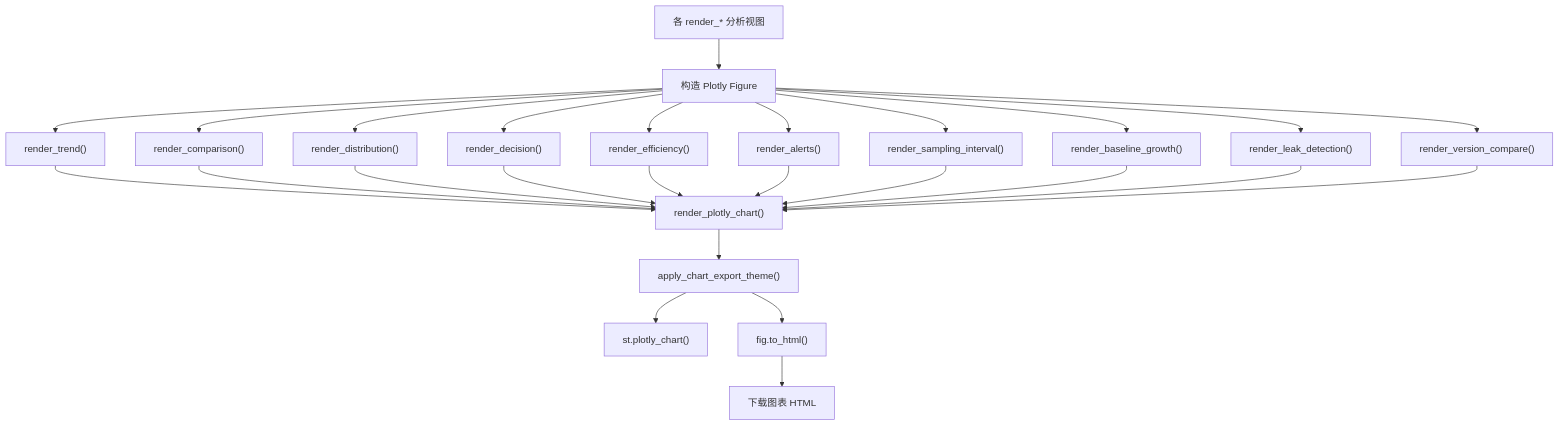
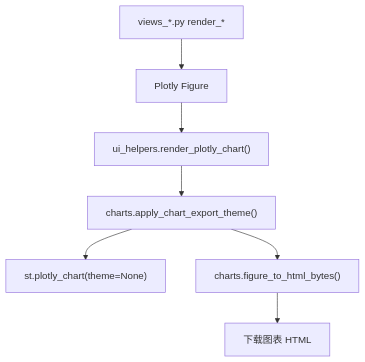
The fifth of 9 diagrams in docs/code-map.md (EthanCheung-gh/perf-analyzer), drawn with Mermaid before and after one commit. The commit also changed other lines of this file, not shown here.

Commit message:
docs: update code map for modular architecture

````diff
--- a/docs/code-map.md
+++ b/docs/code-map.md
@@ -130,31 +179,9 @@
 ```mermaid
 flowchart TD
-    Views["各 render_* 分析视图"] --> Plotly["构造 Plotly Figure"]
-
-    Plotly --> Trend["render_trend()"]
-    Plotly --> Comparison["render_comparison()"]
-    Plotly --> Distribution["render_distribution()"]
-    Plotly --> Decision["render_decision()"]
-    Plotly --> Efficiency["render_efficiency()"]
-    Plotly --> Alerts["render_alerts()"]
-    Plotly --> Sampling["render_sampling_interval()"]
-    Plotly --> Baseline["render_baseline_growth()"]
-    Plotly --> Leak["render_leak_detection()"]
-    Plotly --> Version["render_version_compare()"]
-
-    Trend --> Export["render_plotly_chart()"]
-    Comparison --> Export
-    Distribution --> Export
-    Decision --> Export
-    Efficiency --> Export
-    Alerts --> Export
-    Sampling --> Export
-    Baseline --> Export
-    Leak --> Export
-    Version --> Export
-
-    Export --> Theme["apply_chart_export_theme()"]
-    Theme --> StreamlitChart["st.plotly_chart()"]
-    Theme --> ToHtml["fig.to_html()"]
-    ToHtml --> Download["下载图表 HTML"]
+    View["views_*.py render_*"] --> Figure["Plotly Figure"]
+    Figure --> UIHelper["ui_helpers.render_plotly_chart()"]
+    UIHelper --> Theme["charts.apply_chart_export_theme()"]
+    Theme --> Streamlit["st.plotly_chart(theme=None)"]
+    Theme --> HTML["charts.figure_to_html_bytes()"]
+    HTML --> Download["下载图表 HTML"]
 ```
````
